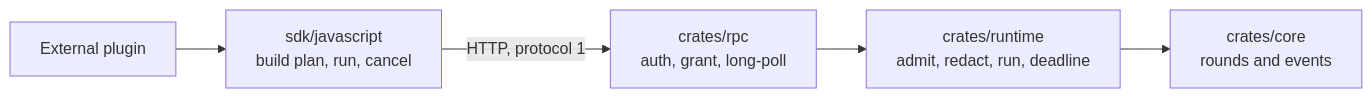
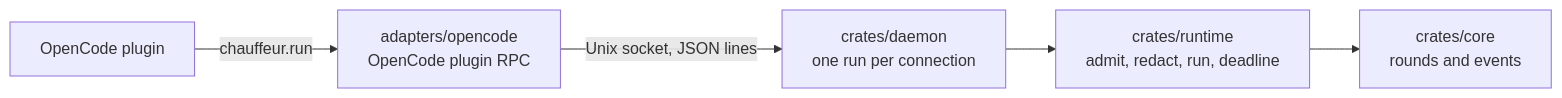
The fifth of 5 diagrams in docs/plans/pluggability.md (StevenJPx2/chauffeur), drawn with Mermaid before and after one commit. The commit also changed other lines of this file and 1 other file, not shown here.

First line of the commit message:
docs(plans): rule files in .chauffeur/ and chauffeur.run, without tokens

````diff
--- a/docs/plans/pluggability.md
+++ b/docs/plans/pluggability.md
@@ -582,7 +585,7 @@
 ```mermaid
 flowchart LR
-    Plugin["External plugin"] --> Sdk["sdk/javascript<br/>build plan, run, cancel"]
-    Sdk -- "HTTP, protocol 1" --> Rpc["crates/rpc<br/>auth, grant, long-poll"]
-    Rpc --> Runtime["crates/runtime<br/>admit, redact, run, deadline"]
+    Plugin["OpenCode plugin"] -- "chauffeur.run" --> Adapter["adapters/opencode<br/>OpenCode plugin RPC"]
+    Adapter -- "Unix socket, JSON lines" --> Daemon["crates/daemon<br/>one run per connection"]
+    Daemon --> Runtime["crates/runtime<br/>admit, redact, run, deadline"]
     Runtime --> Core["crates/core<br/>rounds and events"]
 ```
````
